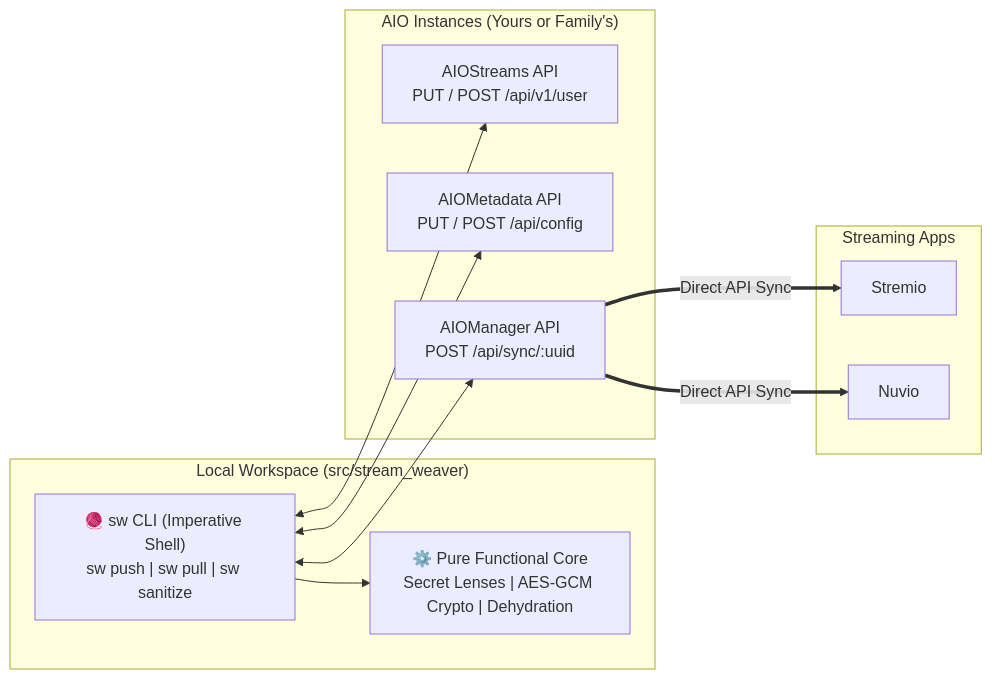
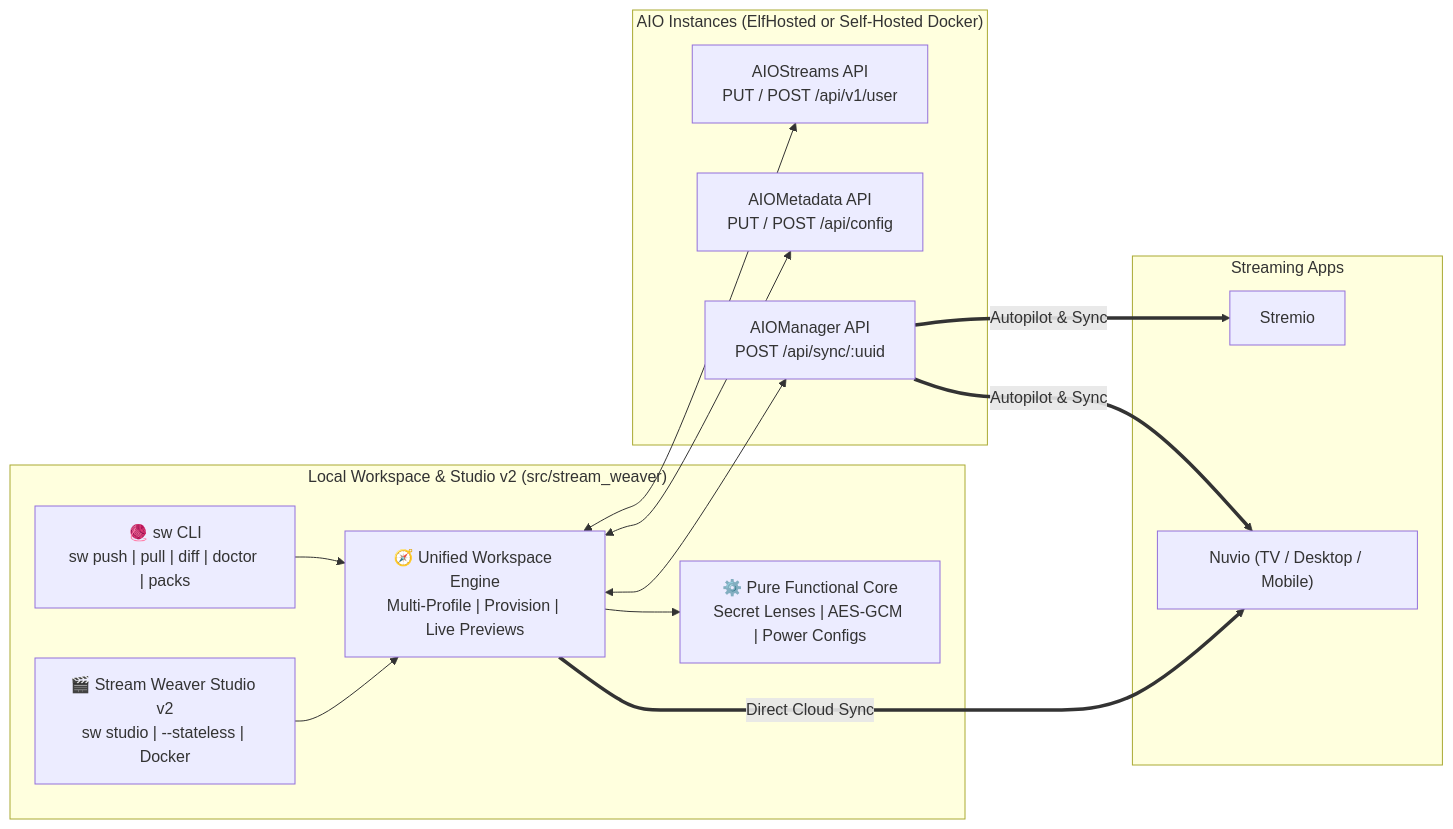
One commit to Darshan-AS/stream-weaver changed the diagram in README.md. Above: the diagram before and after it, drawn with Mermaid. The commit also changed other lines of this file and 2 other files, not shown here.

First line of the commit message:
feat(docker): Add Studio container build, Compose service, and docs

````diff
--- a/README.md
+++ b/README.md
@@ -18,25 +18,30 @@
 ```mermaid
 flowchart LR
-    subgraph Local["Local Workspace (src/stream_weaver)"]
-        CLI["🧶 sw CLI (Imperative Shell)\nsw push | sw pull | sw sanitize"]
-        CORE["⚙️ Pure Functional Core\nSecret Lenses | AES-GCM Crypto | Dehydration"]
-        CLI --> CORE
+    subgraph Local["Local Workspace & Studio v2 (src/stream_weaver)"]
+        STUDIO["🎬 Stream Weaver Studio v2\nsw studio | --stateless | Docker"]
+        CLI["🧶 sw CLI\nsw push | pull | diff | doctor | packs"]
+        ENGINE["🧭 Unified Workspace Engine\nMulti-Profile | Provision | Live Previews"]
+        CORE["⚙️ Pure Functional Core\nSecret Lenses | AES-GCM | Power Configs"]
+        STUDIO --> ENGINE
+        CLI --> ENGINE
+        ENGINE --> CORE
     end
 
-    subgraph Hosted["AIO Instances (Yours or Family's)"]
+    subgraph Hosted["AIO Instances (ElfHosted or Self-Hosted Docker)"]
         AS["AIOStreams API\nPUT / POST /api/v1/user"]
         AM["AIOMetadata API\nPUT / POST /api/config"]
         MGR["AIOManager API\nPOST /api/sync/:uuid"]
     end
 
     subgraph Apps["Streaming Apps"]
         Stremio["Stremio"]
-        Nuvio["Nuvio"]
+        Nuvio["Nuvio (TV / Desktop / Mobile)"]
     end
 
-    CLI <--> AS
-    CLI <--> AM
-    CLI <--> MGR
-    MGR == "Direct API Sync" ==> Stremio
-    MGR == "Direct API Sync" ==> Nuvio
+    ENGINE <--> AS
+    ENGINE <--> AM
+    ENGINE <--> MGR
+    ENGINE == "Direct Cloud Sync" ==> Nuvio
+    MGR == "Autopilot & Sync" ==> Stremio
+    MGR == "Autopilot & Sync" ==> Nuvio
 ```
````
